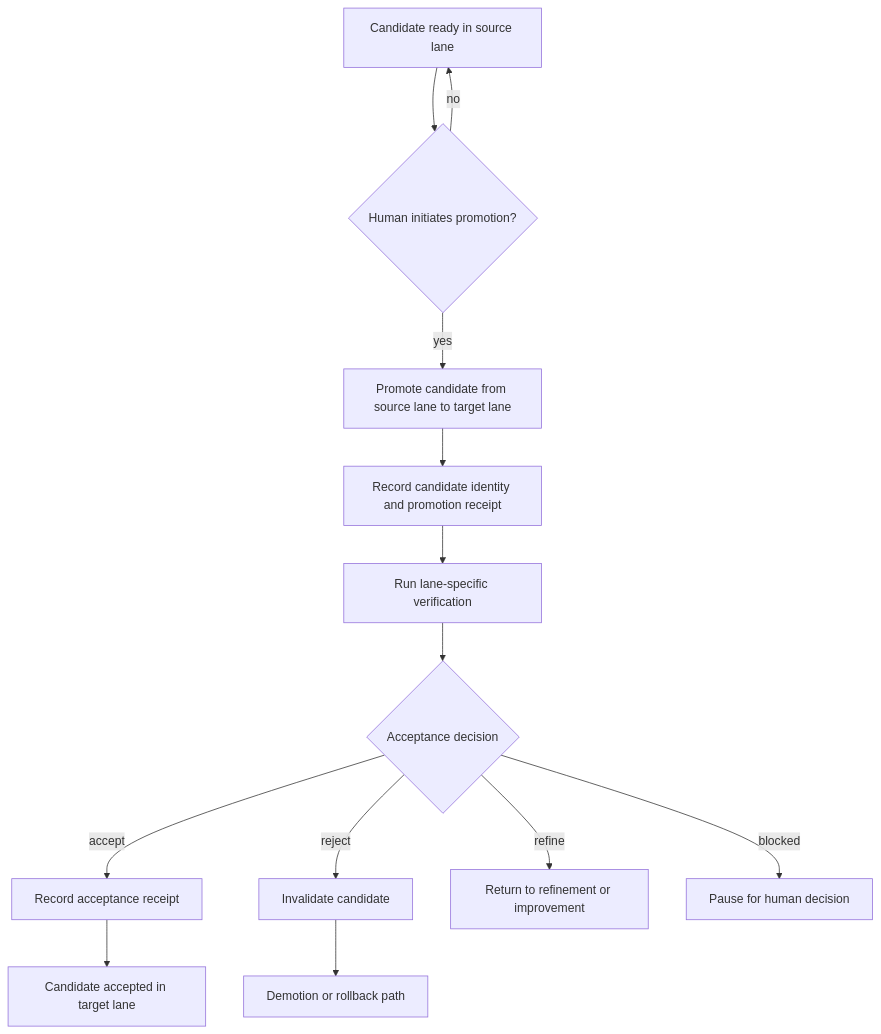
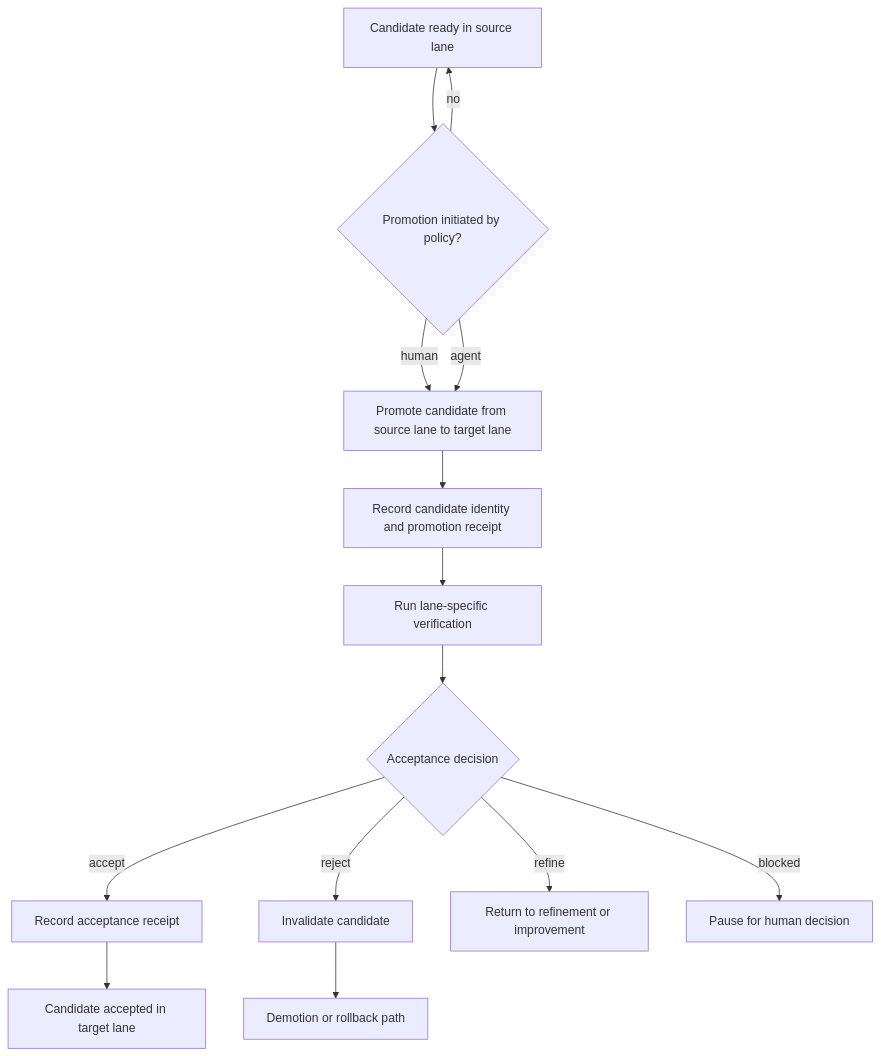
The diagram in dev/design/release-agent-contract.md (yaqub0r/devclaw), drawn with Mermaid before and after one commit. The commit also changed 1 other file, not shown here.

Commit message:
docs: show agent-initiated promotion in release flow

````diff
--- a/dev/design/release-agent-contract.md
+++ b/dev/design/release-agent-contract.md
@@ -20,15 +20,16 @@
 ```mermaid
 flowchart TD
-  A[Candidate ready in source lane] --> B{Human initiates promotion?}
+  A[Candidate ready in source lane] --> B{Promotion initiated by policy?}
   B -- no --> A
-  B -- yes --> C[Promote candidate from source lane to target lane]
+  B -- human --> C[Promote candidate from source lane to target lane]
+  B -- agent --> C
   C --> D[Record candidate identity and promotion receipt]
   D --> E[Run lane-specific verification]
   E --> F{Acceptance decision}
   F -- accept --> G[Record acceptance receipt]
   G --> H[Candidate accepted in target lane]
   F -- reject --> I[Invalidate candidate]
   I --> J[Demotion or rollback path]
   F -- refine --> K[Return to refinement or improvement]
   F -- blocked --> L[Pause for human decision]
 ```
````
